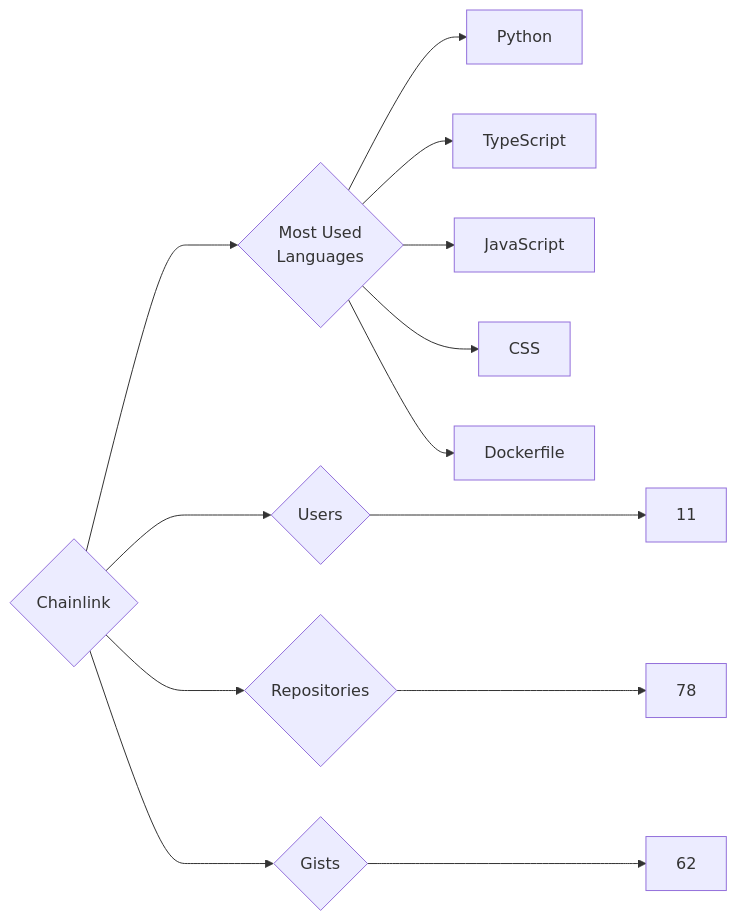
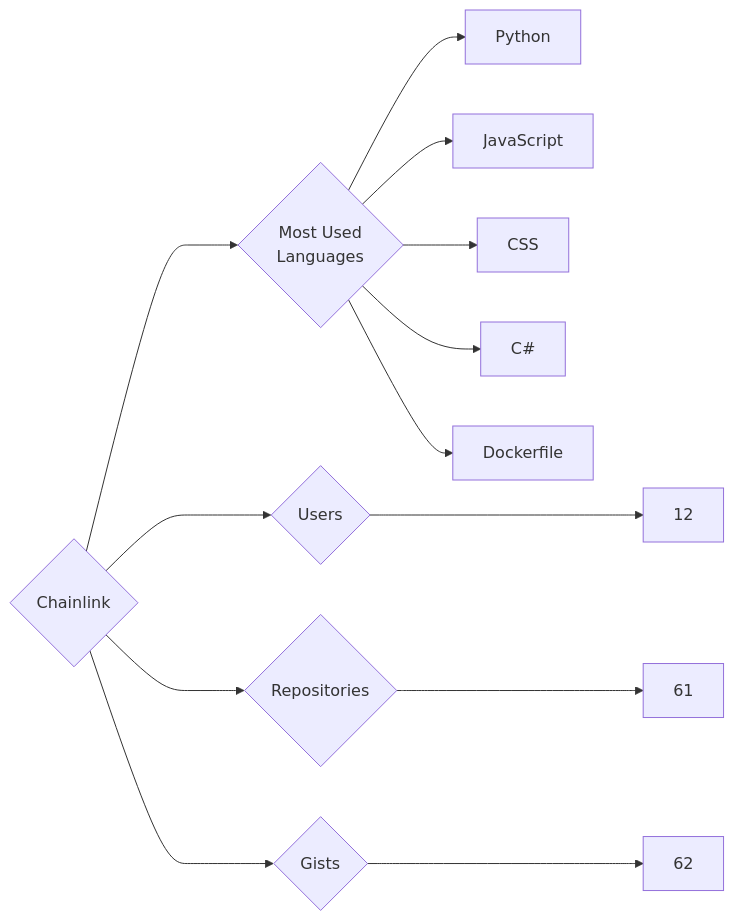
The diagram in targets/Chainlink/README.md (trickest/insiders), drawn with Mermaid before and after one commit. The commit also changed 1149 other files, not shown here.

````diff
--- a/targets/Chainlink/README.md
+++ b/targets/Chainlink/README.md
@@ -3,13 +3,13 @@
 ```mermaid
 graph LR
 COMPANY_NAME{Chainlink}
-COMPANY_NAME ---> U{Users} ---> UN[11]
-COMPANY_NAME ---> R{Repositories} ---> RN[78]
+COMPANY_NAME ---> U{Users} ---> UN[12]
+COMPANY_NAME ---> R{Repositories} ---> RN[61]
 COMPANY_NAME ---> G{Gists} ---> GN[62]
 COMPANY_NAME ---> ML{Most Used<br>Languages}
 ML --> Python[Python]
-ML --> TypeScript[TypeScript]
 ML --> JavaScript[JavaScript]
 ML --> CSS[CSS]
+ML --> C#[C#]
 ML --> Dockerfile[Dockerfile]
 ```
````
